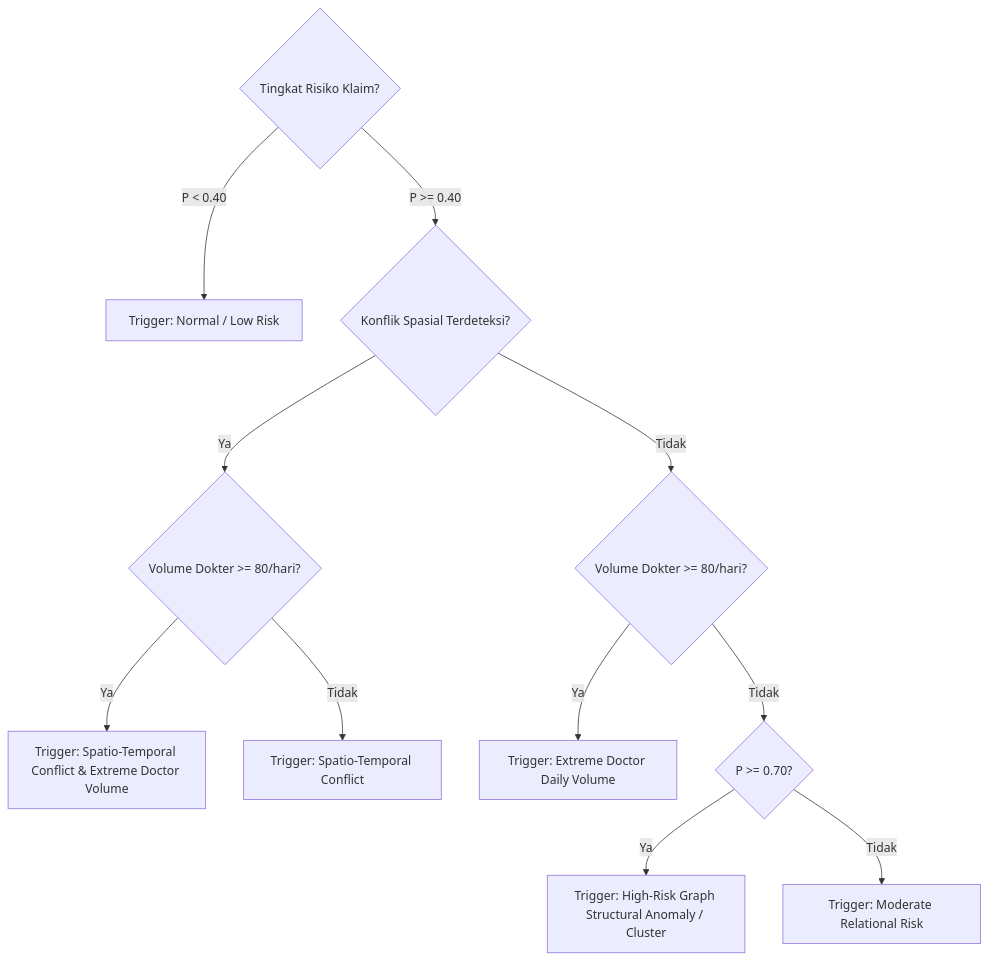
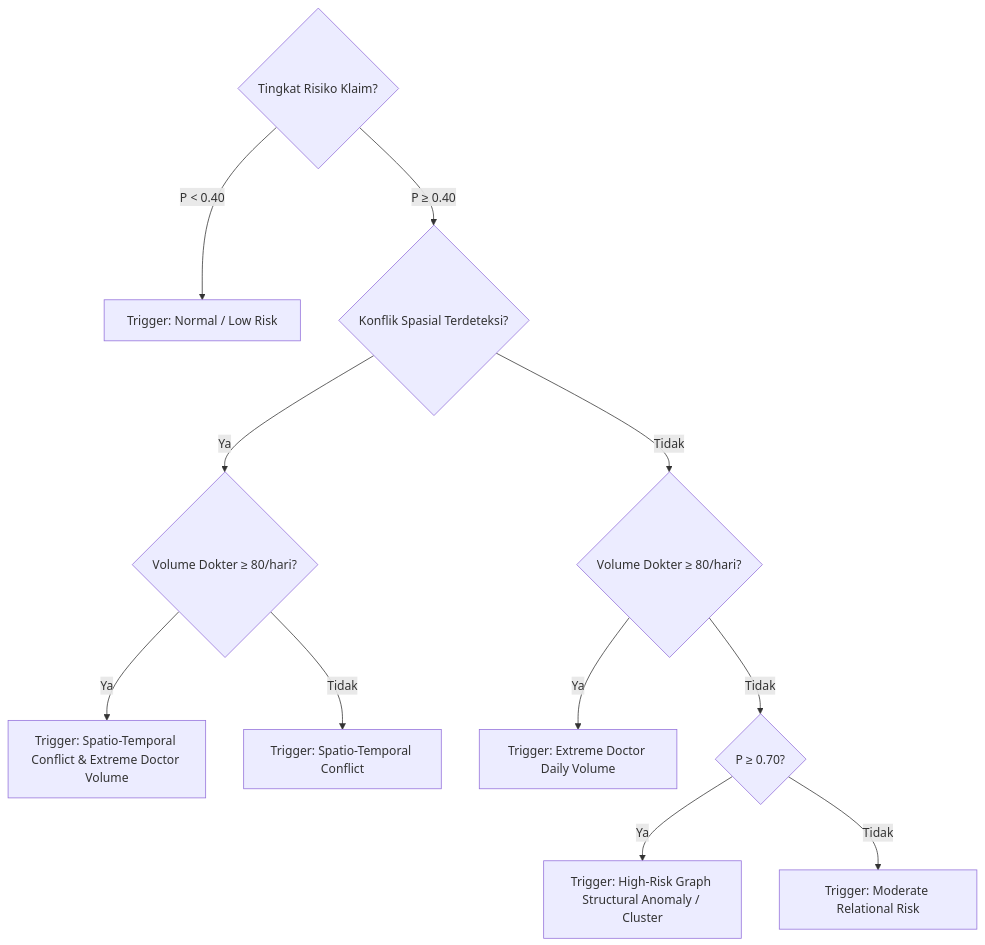
One commit to faiz-jihad/Healthkathon-BPJS-KESEHATAN changed the second of 2 diagrams in docs/DECISION_LOGIC_AND_CLASSIFICATION_RULES.md. Above: the diagram before and after it, drawn with Mermaid. The commit also changed other lines of this file and 23 other files, not shown here.

````diff
--- a/docs/DECISION_LOGIC_AND_CLASSIFICATION_RULES.md
+++ b/docs/DECISION_LOGIC_AND_CLASSIFICATION_RULES.md
@@ -90,16 +135,16 @@
 ```mermaid
 flowchart TD
-    Start{Tingkat Risiko Klaim?} -->|P < 0.40| Normal[Trigger: Normal / Low Risk]
-    Start -->|P >= 0.40| EvalConflict{Konflik Spasial Terdeteksi?}
+    Start{"Tingkat Risiko Klaim?"} -->|"P &lt; 0.40"| Normal["Trigger: Normal / Low Risk"]
+    Start -->|"P &ge; 0.40"| EvalConflict{"Konflik Spasial Terdeteksi?"}
     
-    EvalConflict -->|Ya| EvalVol{Volume Dokter >= 80/hari?}
-    EvalVol -->|Ya| TrigBoth[Trigger: Spatio-Temporal Conflict & Extreme Doctor Volume]
-    EvalVol -->|Tidak| TrigSpatio[Trigger: Spatio-Temporal Conflict]
+    EvalConflict -->|Ya| EvalVol{"Volume Dokter &ge; 80/hari?"}
+    EvalVol -->|Ya| TrigBoth["Trigger: Spatio-Temporal Conflict & Extreme Doctor Volume"]
+    EvalVol -->|Tidak| TrigSpatio["Trigger: Spatio-Temporal Conflict"]
     
-    EvalConflict -->|Tidak| EvalVolOnly{Volume Dokter >= 80/hari?}
-    EvalVolOnly -->|Ya| TrigVol[Trigger: Extreme Doctor Daily Volume]
-    EvalVolOnly -->|Tidak| EvalProba{P >= 0.70?}
+    EvalConflict -->|Tidak| EvalVolOnly{"Volume Dokter &ge; 80/hari?"}
+    EvalVolOnly -->|Ya| TrigVol["Trigger: Extreme Doctor Daily Volume"]
+    EvalVolOnly -->|Tidak| EvalProba{"P &ge; 0.70?"}
     
-    EvalProba -->|Ya| TrigStruct[Trigger: High-Risk Graph Structural Anomaly / Cluster]
-    EvalProba -->|Tidak| TrigMod[Trigger: Moderate Relational Risk]
+    EvalProba -->|Ya| TrigStruct["Trigger: High-Risk Graph Structural Anomaly / Cluster"]
+    EvalProba -->|Tidak| TrigMod["Trigger: Moderate Relational Risk"]
 ```
````
